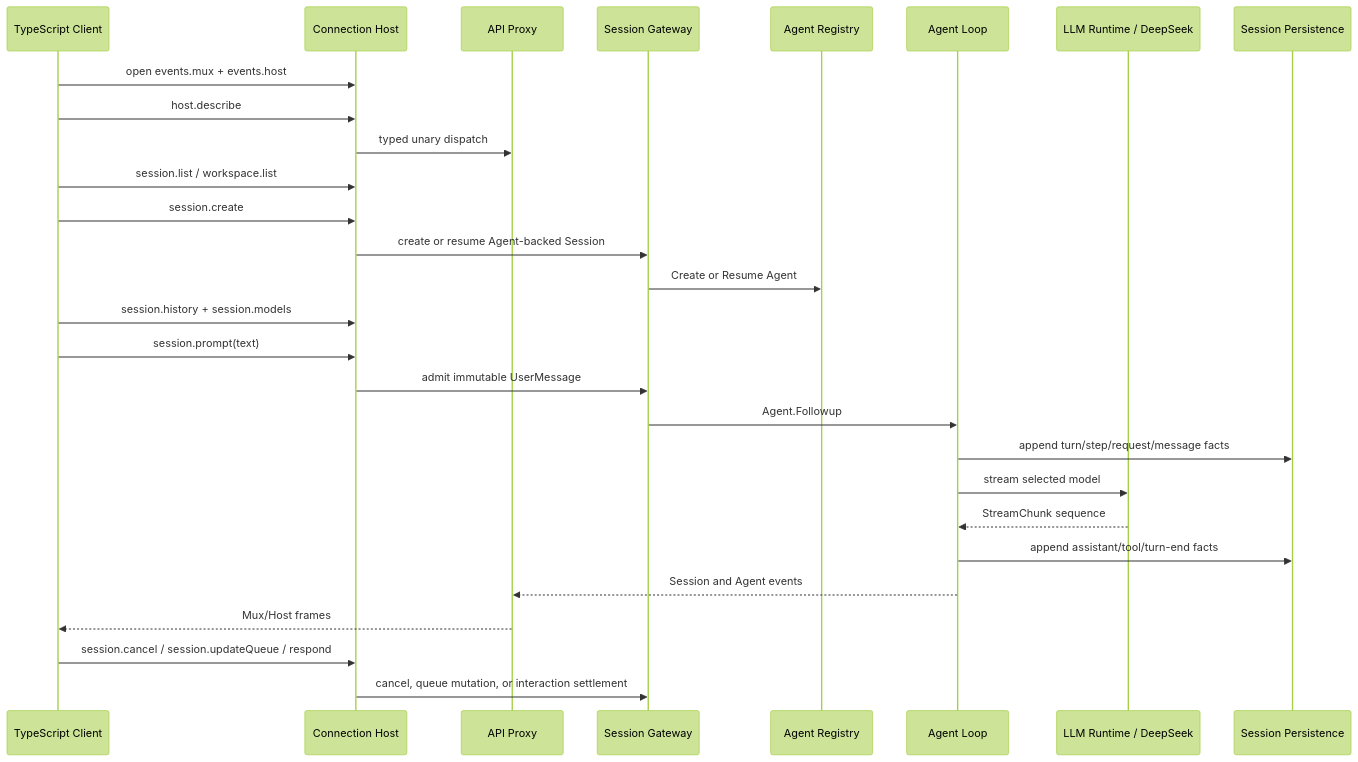
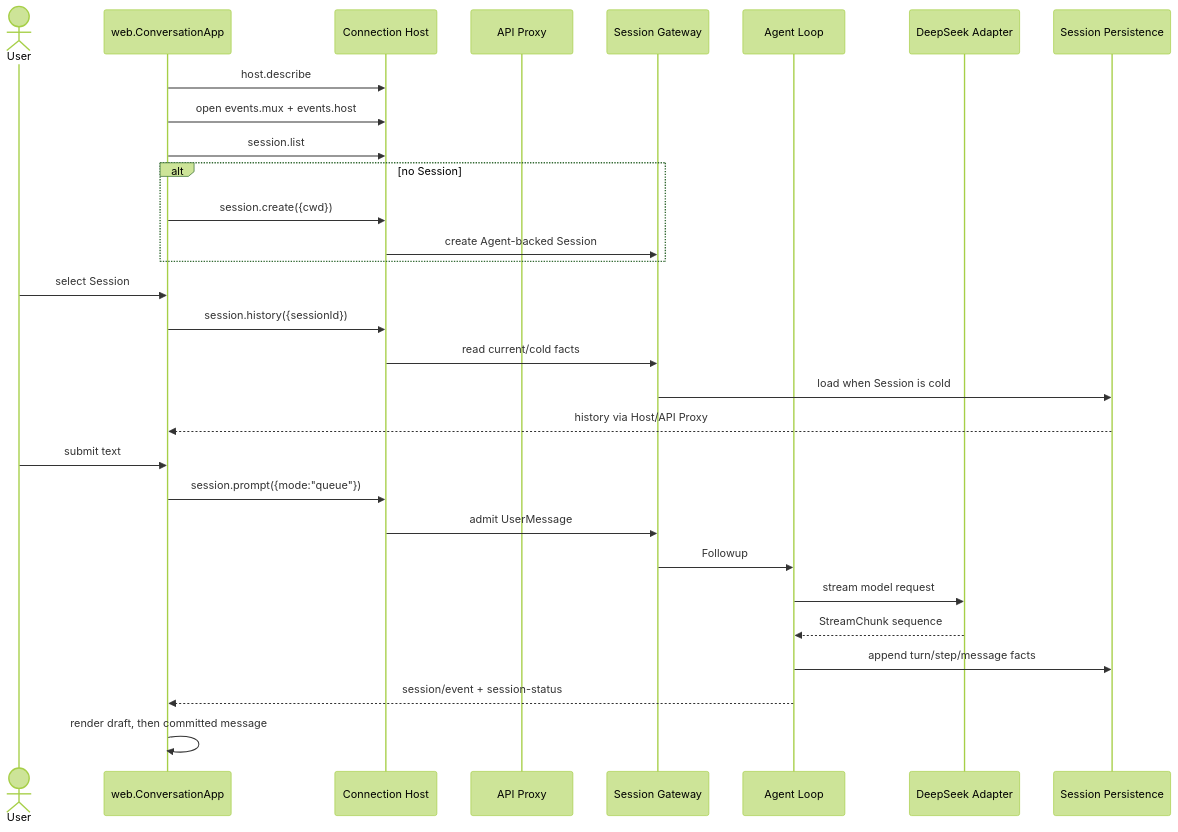
Before and after one commit to gorenx/goren: the diagram in zh-CN/21-web-agent-main-flow.md, drawn with Mermaid (forest theme). The commit also changed other lines of this file and 11 other files, not shown here.

Commit message:
docs: define embedded web main flow

````diff
--- a/zh-CN/21-web-agent-main-flow.md
+++ b/zh-CN/21-web-agent-main-flow.md
@@ -23,31 +59,33 @@
 ```mermaid
 sequenceDiagram
-    participant C as TypeScript Client
+    actor U as User
+    participant W as web.ConversationApp
     participant H as Connection Host
     participant A as API Proxy
     participant S as Session Gateway
-    participant G as Agent Registry
-    participant L as Agent Loop
-    participant M as LLM Runtime / DeepSeek
+    participant G as Agent Loop
+    participant D as DeepSeek Adapter
     participant P as Session Persistence
 
-    C->>H: open events.mux + events.host
-    C->>H: host.describe
-    H->>A: typed unary dispatch
-    C->>H: session.list / workspace.list
-    C->>H: session.create
-    H->>S: create or resume Agent-backed Session
-    S->>G: Create or Resume Agent
-    C->>H: session.history + session.models
-    C->>H: session.prompt(text)
-    H->>S: admit immutable UserMessage
-    S->>L: Agent.Followup
-    L->>P: append turn/step/request/message facts
-    L->>M: stream selected model
-    M-->>L: StreamChunk sequence
-    L->>P: append assistant/tool/turn-end facts
-    L-->>A: Session and Agent events
-    A-->>C: Mux/Host frames
-    C->>H: session.cancel / session.updateQueue / respond
-    H->>S: cancel, queue mutation, or interaction settlement
+    W->>H: host.describe
+    W->>H: open events.mux + events.host
+    W->>H: session.list
+    alt no Session
+        W->>H: session.create({cwd})
+        H->>S: create Agent-backed Session
+    end
+    U->>W: select Session
+    W->>H: session.history({sessionId})
+    H->>S: read current/cold facts
+    S->>P: load when Session is cold
+    P-->>W: history via Host/API Proxy
+    U->>W: submit text
+    W->>H: session.prompt({mode:"queue"})
+    H->>S: admit UserMessage
+    S->>G: Followup
+    G->>D: stream model request
+    D-->>G: StreamChunk sequence
+    G->>P: append turn/step/message facts
+    G-->>W: session/event + session-status
+    W->>W: render draft, then committed message
 ```
````
